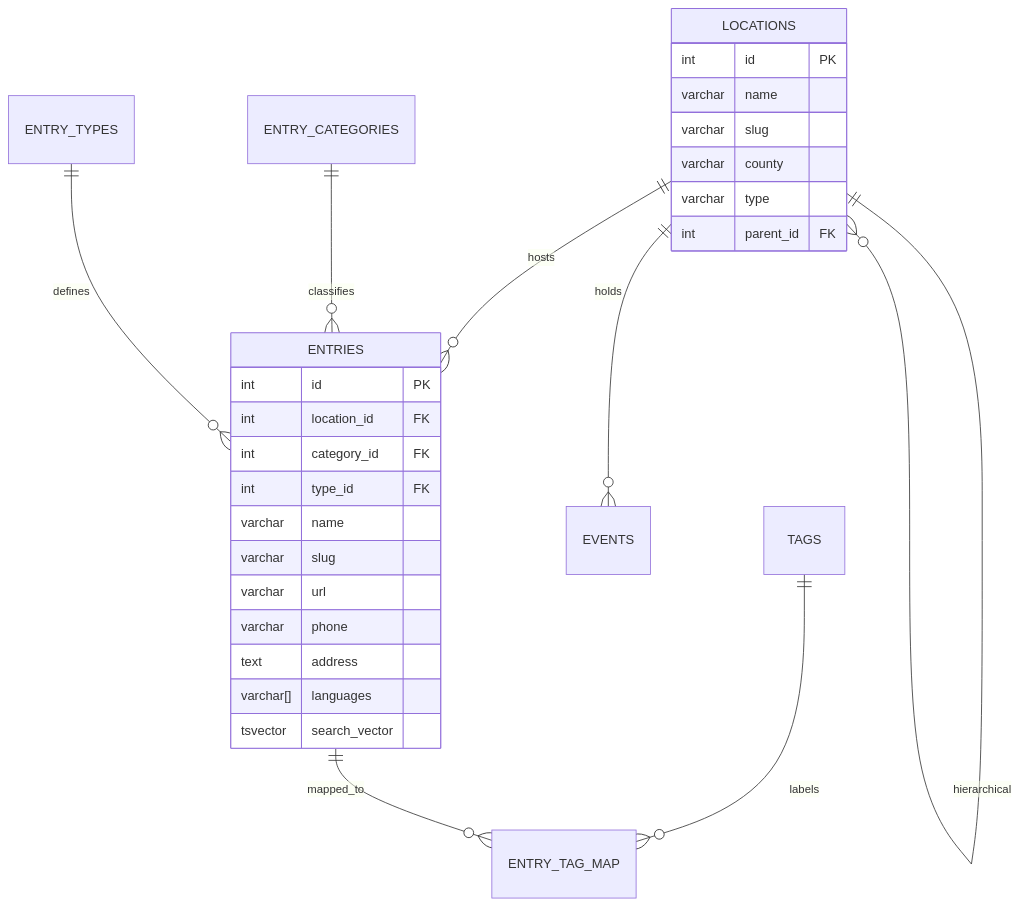
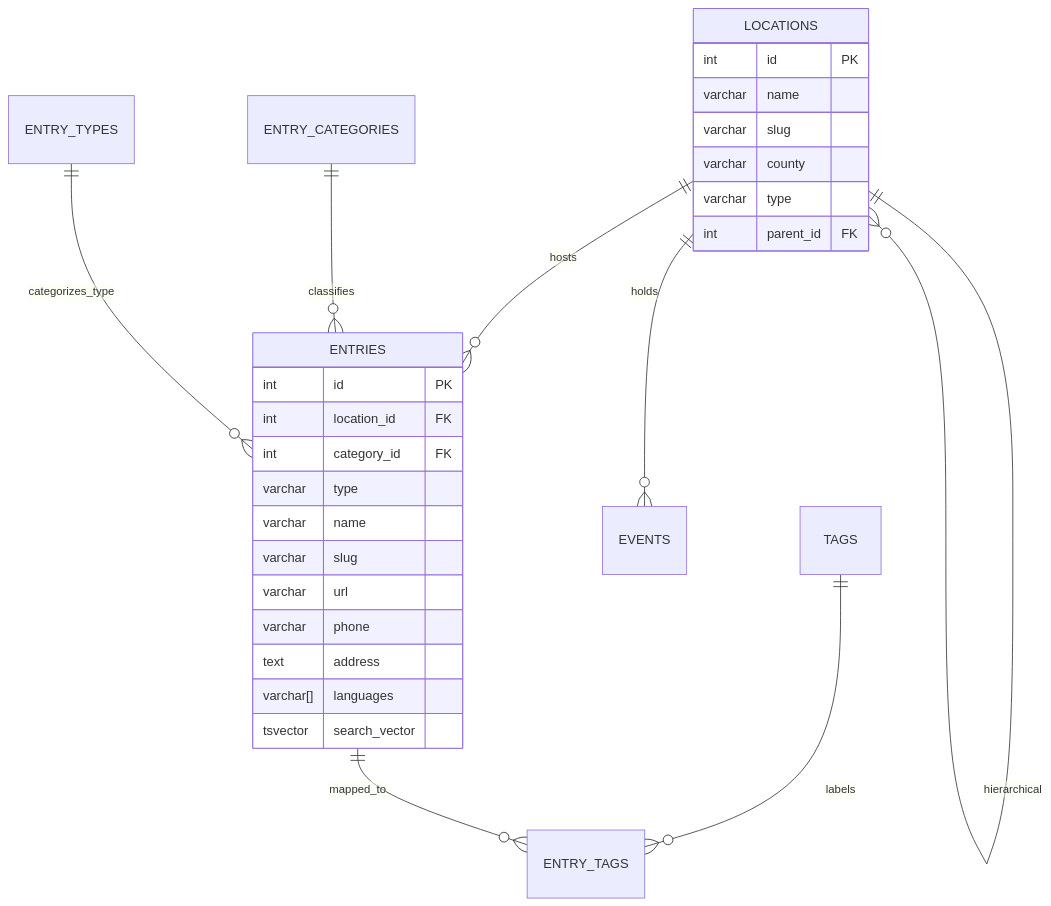
Before and after one commit to waaab/lamsza: the diagram in architecture_overview.md, drawn with Mermaid. The commit also changed 223 other files, not shown here.

````diff
--- a/architecture_overview.md
+++ b/architecture_overview.md
@@ -17,36 +17,36 @@
 ```mermaid
 erDiagram
     %% Core Directory
     LOCATIONS ||--o{ ENTRIES : "hosts"
     LOCATIONS ||--o{ EVENTS : "holds"
     LOCATIONS ||--o{ LOCATIONS : "hierarchical"
     ENTRY_CATEGORIES ||--o{ ENTRIES : "classifies"
-    ENTRY_TYPES ||--o{ ENTRIES : "defines"
+    ENTRY_TYPES ||--o{ ENTRIES : "categorizes_type"
     
     %% Tagging Logic
-    TAGS ||--o{ ENTRY_TAG_MAP : "labels"
-    ENTRIES ||--o{ ENTRY_TAG_MAP : "mapped_to"
+    TAGS ||--o{ ENTRY_TAGS : "labels"
+    ENTRIES ||--o{ ENTRY_TAGS : "mapped_to"
 
     ENTRIES {
         int id PK
         int location_id FK
         int category_id FK
-        int type_id FK
+        varchar type
         varchar name
         varchar slug
         varchar url
         varchar phone
         text address
         varchar[] languages
         tsvector search_vector
     }
 
     LOCATIONS {
         int id PK
         varchar name
         varchar slug
         varchar county
         varchar type
         int parent_id FK
     }
 ```
````
